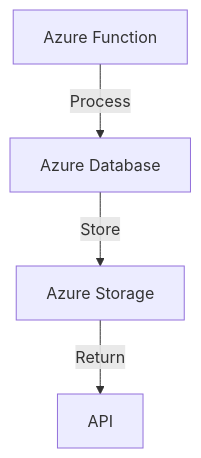
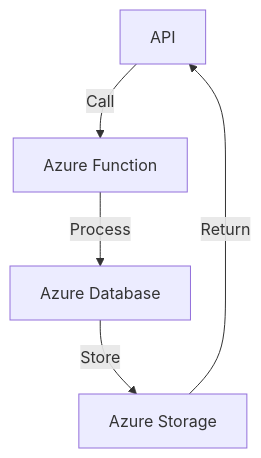
Before and after one commit to Joosshh16/mermaid-arch: the diagram in README.md, drawn with Mermaid. The commit also changed other lines of this file, not shown here.

````diff
--- a/README.md
+++ b/README.md
@@ -3,6 +22,7 @@
-```mermaid
-graph TD
-  A[Azure Function] -->|Process| B[Azure Database];
-  B -->|Store| C[Azure Storage];
-  C -->|Return| D[API];
-```
+    <div class="mermaid">
+      graph TD
+        A[API] -->|Call| B[Azure Function];
+        B -->|Process| C[Azure Database];
+        C -->|Store| D[Azure Storage];
+        D -->|Return| A;
+    </div>
````
